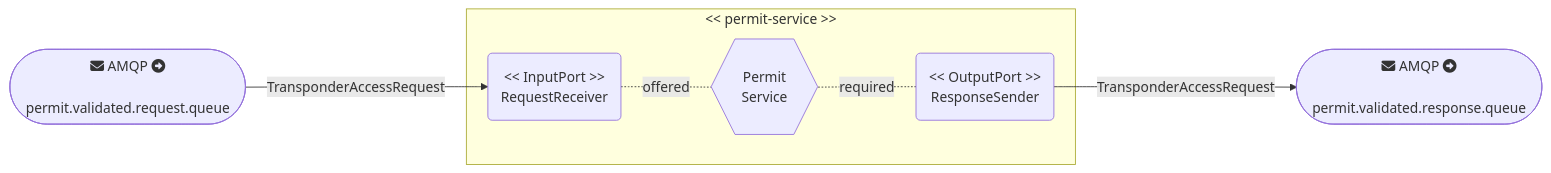
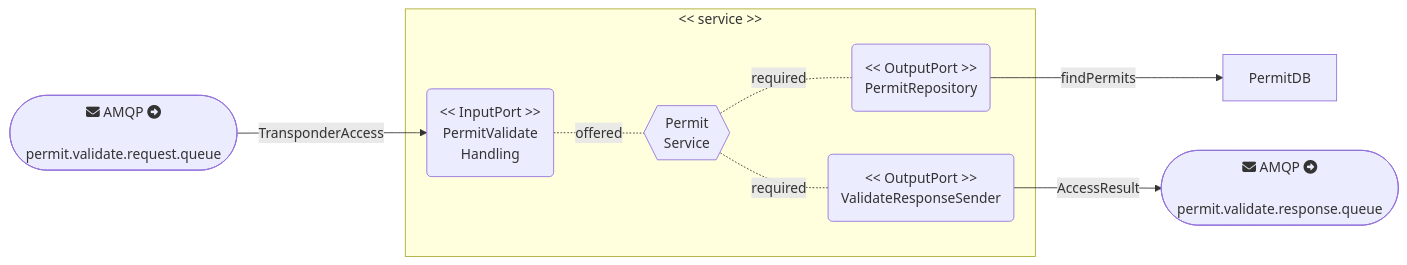
One commit to billycychan/acme-park-mvp changed the second of 2 diagrams in README.md. Above: the diagram before and after it, drawn with Mermaid. The commit also changed other lines of this file and 4 other files, not shown here.

Commit message:
feat: add service-diagram

````diff
--- a/README.md
+++ b/README.md
@@ -106,21 +115,25 @@
 ```mermaid
 flowchart LR
 
-    AMQP_IN([fa:fa-envelope AMQP fa:fa-circle-right\n permit.validated.request.queue])
-    AMQP_OUT([fa:fa-envelope AMQP fa:fa-circle-right\n permit.validated.response.queue])
+  AMQP_IN([fa:fa-envelope AMQP fa:fa-circle-right\n permit.validate.request.queue])
+  AMQP_OUT([fa:fa-envelope AMQP fa:fa-circle-right\n permit.validate.response.queue])
 
 
-    subgraph "<< permit-service >>"
-        RESPONSE_IN("<< InputPort >>\n RequestReceiver")
-        SERVICE{{"\nPermit\nService\n<br>"}}
-        RESPONSE_OUT("<< OutputPort >>\n ResponseSender")
-    end
+  subgraph "<< service >>"
+    RESPONSE_IN("<< InputPort >>\n PermitValidate\nHandling")
+    SERVICE{{"Permit\n Service<br>"}}
+    RESPONSE_OUT("<< OutputPort >>\n PermitRepository")
+    RESPONSE_OUT_2("<< OutputPort >>\n ValidateResponseSender")
 
-    AMQP_IN -- TransponderAccessRequest --> RESPONSE_IN
-    RESPONSE_IN -. offered .- SERVICE
+  end
+
+  AMQP_IN -- TransponderAccess --> RESPONSE_IN
+  RESPONSE_IN -. offered .- SERVICE
+
 
 
 SERVICE -. required .- RESPONSE_OUT
-RESPONSE_OUT -- TransponderAccessRequest --> AMQP_OUT
-
+SERVICE -. required .- RESPONSE_OUT_2
+RESPONSE_OUT -- findPermits --> PermitDB
+RESPONSE_OUT_2 --  AccessResult --> AMQP_OUT
 ```
````
